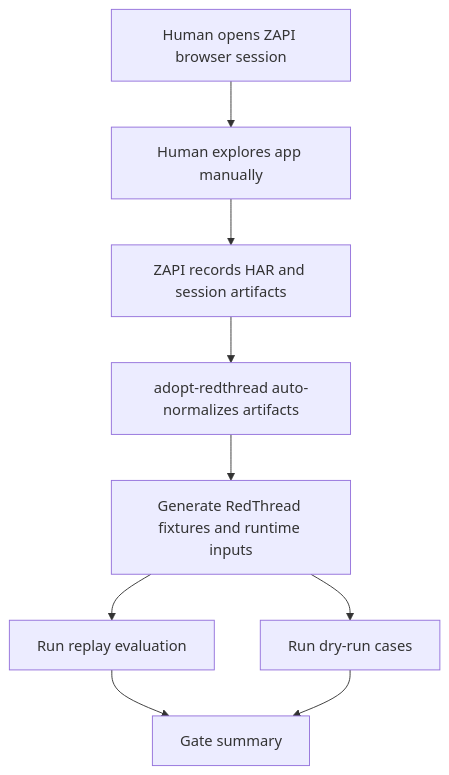
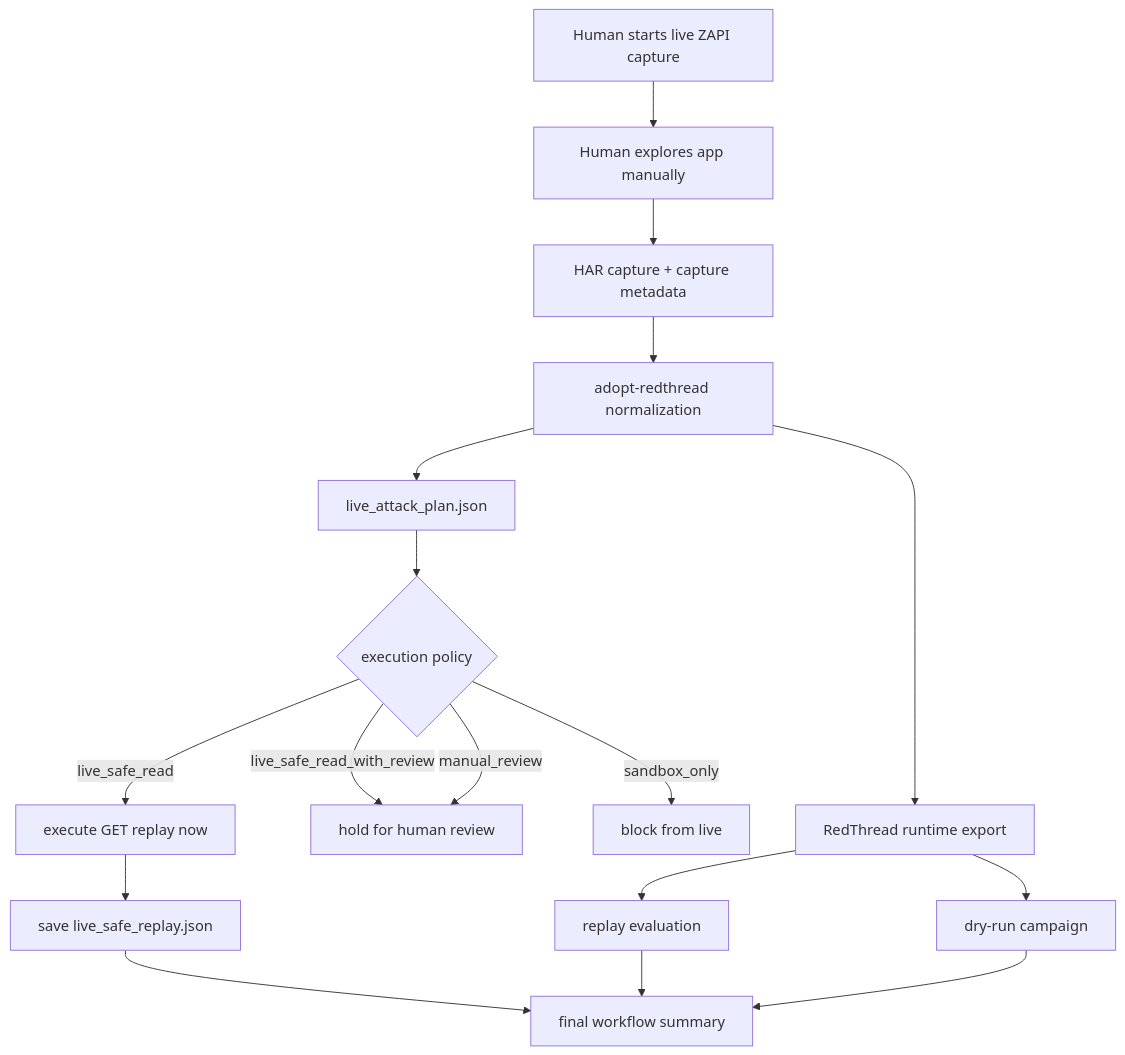
The diagram in docs/live-attack-implementation-plan.md (matheusht/adopt-redthread), drawn with Mermaid before and after one commit. The commit also changed other lines of this file and 14 other files, not shown here.

Commit message:
Add safe-read live replay execution lane

````diff
--- a/docs/live-attack-implementation-plan.md
+++ b/docs/live-attack-implementation-plan.md
@@ -43,11 +69,19 @@
 ```mermaid
 flowchart TD
-    A[Human opens ZAPI browser session] --> B[Human explores app manually]
-    B --> C[ZAPI records HAR and session artifacts]
-    C --> D[adopt-redthread auto-normalizes artifacts]
-    D --> E[Generate RedThread fixtures and runtime inputs]
-    E --> F[Run replay evaluation]
-    E --> G[Run dry-run cases]
-    F --> H[Gate summary]
-    G --> H
+    A[Human starts live ZAPI capture] --> B[Human explores app manually]
+    B --> C[HAR capture + capture metadata]
+    C --> D[adopt-redthread normalization]
+    D --> E[live_attack_plan.json]
+    E --> F{execution policy}
+    F -->|live_safe_read| G[execute GET replay now]
+    F -->|live_safe_read_with_review| H[hold for human review]
+    F -->|manual_review| H
+    F -->|sandbox_only| I[block from live]
+    G --> J[save live_safe_replay.json]
+    D --> K[RedThread runtime export]
+    K --> L[replay evaluation]
+    K --> M[dry-run campaign]
+    J --> N[final workflow summary]
+    L --> N
+    M --> N
 ```
````
